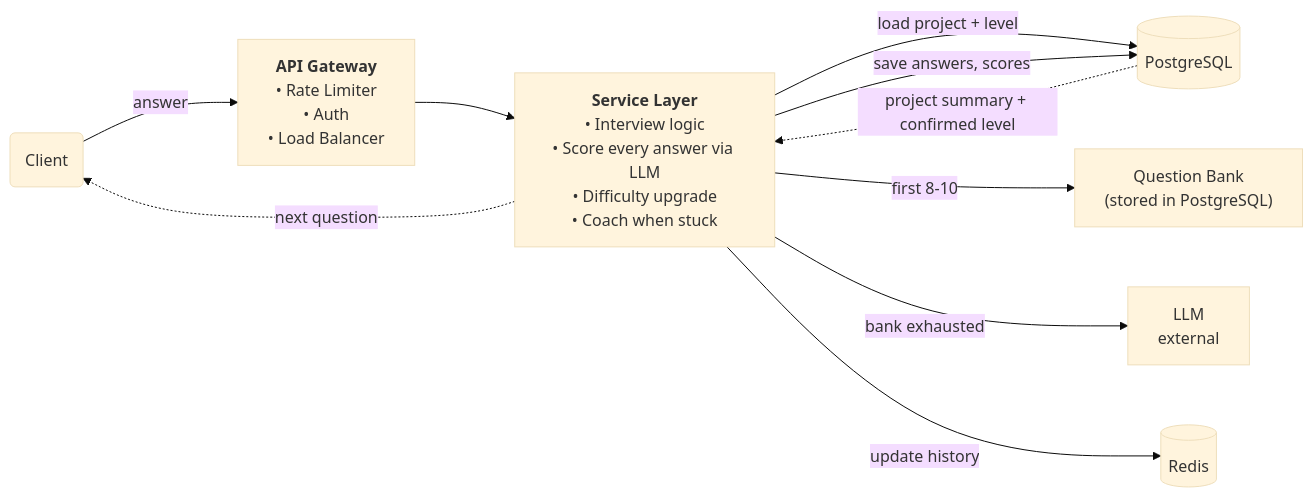
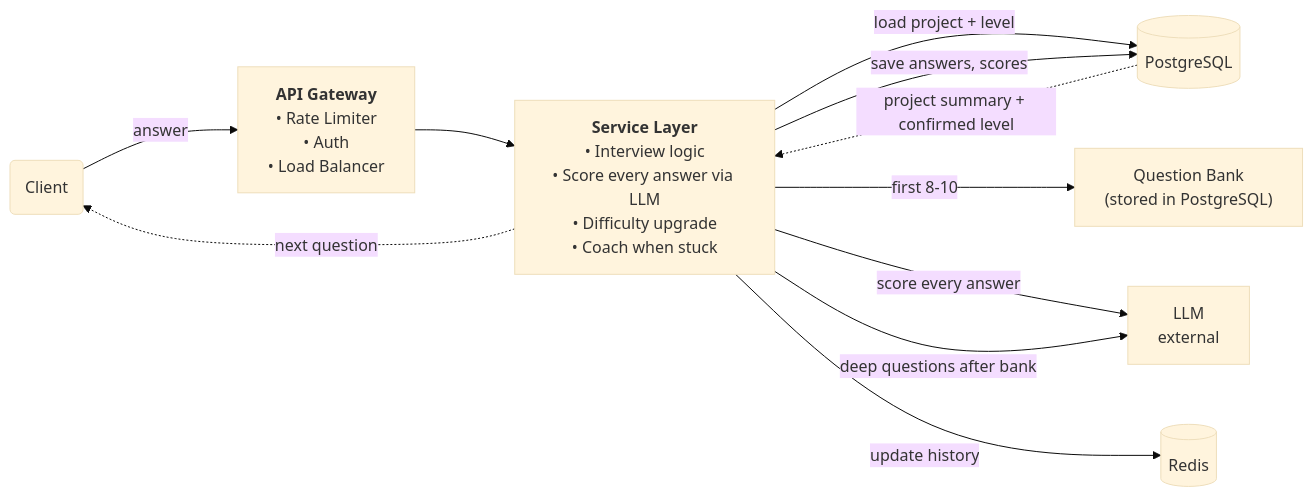
One commit to shivam-tamboli/GrillMyProject changed the third of 4 diagrams in SYSTEM_DESIGN.md. Above: the diagram before and after it, drawn with Mermaid (base theme). The commit also changed other lines of this file, not shown here.

Commit message:
score every answer through llm only

````diff
--- a/SYSTEM_DESIGN.md
+++ b/SYSTEM_DESIGN.md
@@ -392,21 +392,22 @@
 ```mermaid
 %%{init: {'flowchart': {'nodeSpacing': 60, 'rankSpacing': 100}}}%%
 flowchart LR
     Client(Client)
     GW["<b>API Gateway</b><br/>• Rate Limiter<br/>• Auth<br/>• Load Balancer"]
     SVC["<b>Service Layer</b><br/>• Interview logic<br/>• Score every answer via LLM<br/>• Difficulty upgrade<br/>• Coach when stuck"]
     QB["Question Bank<br/>(stored in PostgreSQL)"]
     LLM["LLM<br/>external"]
     RD[(Redis)]
     PG[(PostgreSQL)]
 
     SVC -->|load project + level| PG
     PG -.->|project summary + confirmed level| SVC
     Client -->|answer| GW
     GW --> SVC
     SVC -->|first 8-10| QB
-    SVC -->|bank exhausted| LLM
+    SVC -->|score every answer| LLM
+    SVC -->|deep questions after bank| LLM
     SVC -->|update history| RD
     SVC -->|save answers, scores| PG
     SVC -.->|next question| Client
 ```
````
